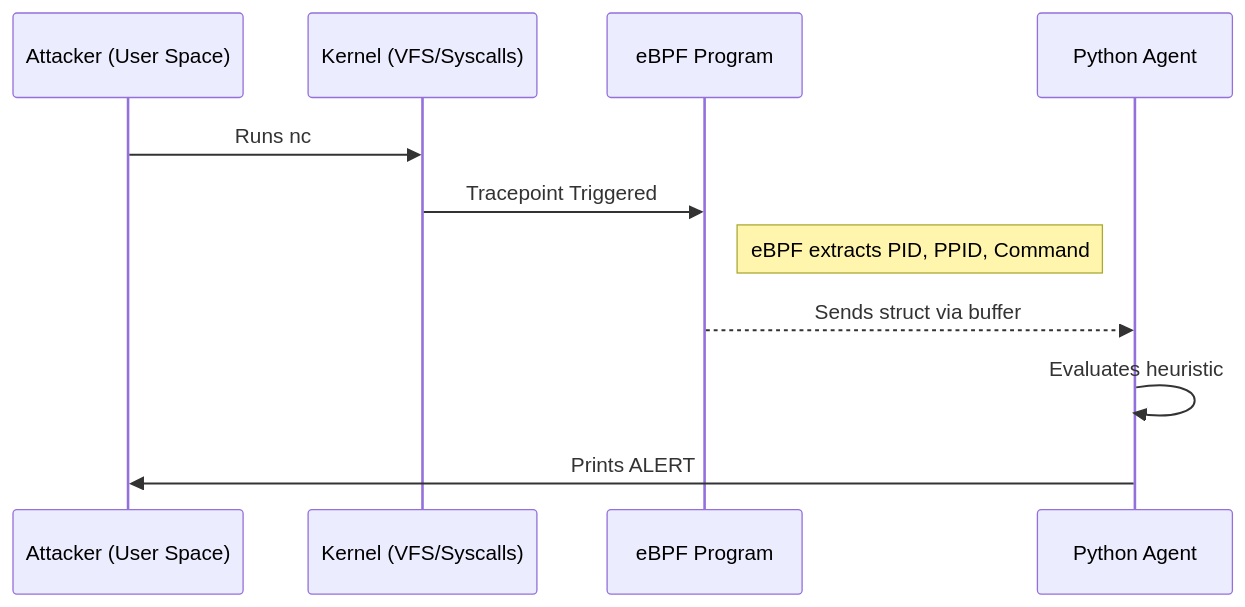
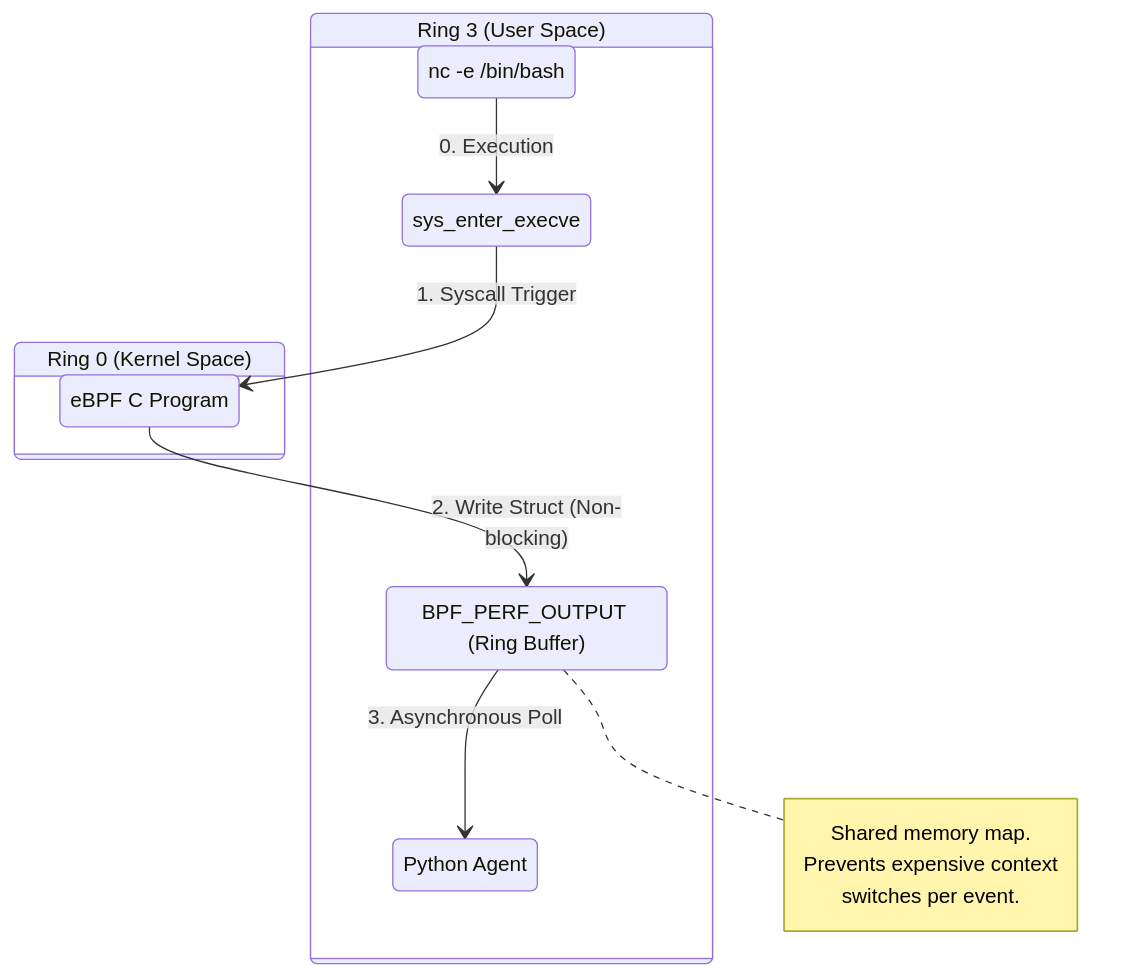
Before and after one commit to satyabhan007/linux-hpc-security: the diagram in ebpf/ebpf_reverse_shell_lab.md, drawn with Mermaid. The commit also changed other lines of this file, not shown here.

Commit message:
Upgrade eBPF lab: Inject Level 3 Trade-Off analogies, memory boundary diagrams, and deliberate Verifier failure scenarios

````diff
--- a/ebpf/ebpf_reverse_shell_lab.md
+++ b/ebpf/ebpf_reverse_shell_lab.md
@@ -17,14 +19,22 @@
 ```mermaid
-sequenceDiagram
-    participant Attacker as Attacker (User Space)
-    participant Kernel as Kernel (VFS/Syscalls)
-    participant eBPF as eBPF Program
-    participant Python as Python Agent
-    
-    Attacker->>Kernel: Runs nc
-    Kernel->>eBPF: Tracepoint Triggered
-    note right of eBPF: eBPF extracts PID, PPID, Command
-    eBPF-->>Python: Sends struct via buffer
-    Python->>Python: Evaluates heuristic
-    Python->>Attacker: Prints ALERT
+stateDiagram-v2
+    direction TB
+    state "Ring 0 (Kernel Space)" as Ring0 {
+        Tracepoint: sys_enter_execve
+        eBPF_Prog: eBPF C Program
+        PerfBuffer: BPF_PERF_OUTPUT (Ring Buffer)
+        Tracepoint --> eBPF_Prog: 1. Syscall Trigger
+        eBPF_Prog --> PerfBuffer: 2. Write Struct (Non-blocking)
+    }
+    state "Ring 3 (User Space)" as Ring3 {
+        Python: Python Agent
+        Attacker: nc -e /bin/bash
+        Attacker --> Tracepoint : 0. Execution
+        PerfBuffer --> Python: 3. Asynchronous Poll
+    }
+    note right of PerfBuffer
+        Shared memory map.
+        Prevents expensive context 
+        switches per event.
+    end note
 ```
````
